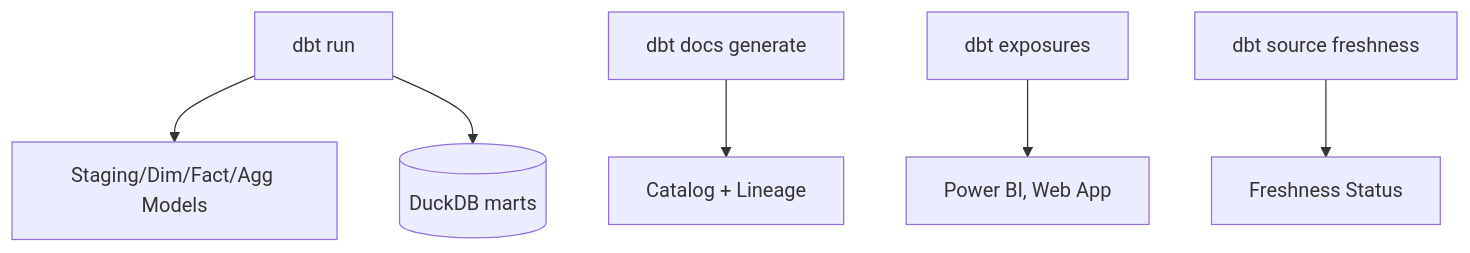
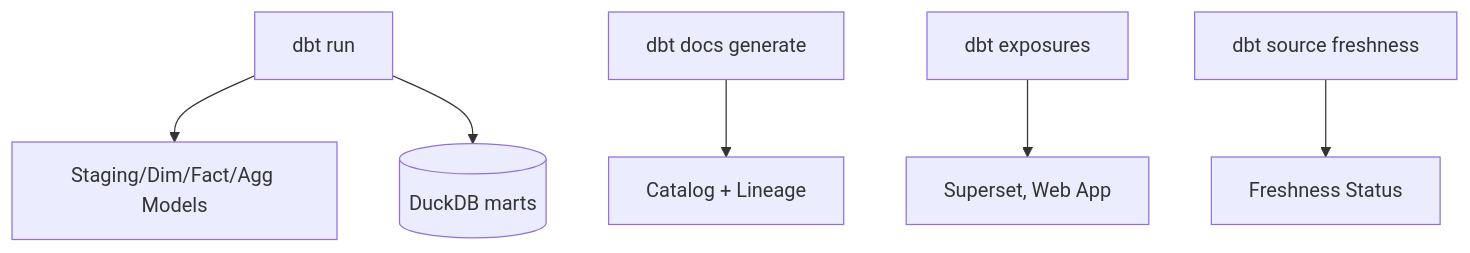
The sixth of 7 diagrams in plan/DATA_ENGINEERING_STACK_PLAN.md (thethien8a/Crawl-Jobs), drawn with Mermaid before and after one commit. The commit also changed other lines of this file, not shown here.

````diff
--- a/plan/DATA_ENGINEERING_STACK_PLAN.md
+++ b/plan/DATA_ENGINEERING_STACK_PLAN.md
@@ -269,8 +268,8 @@
 ```mermaid
 flowchart TD
     dbt_run[dbt run] --> models[Staging/Dim/Fact/Agg Models]
     dbt_run --> target_duckdb[(DuckDB marts)]
     dbt_docs[dbt docs generate] --> catalog[Catalog + Lineage]
-    exposures[dbt exposures] --> consumers[Power BI, Web App]
+    exposures[dbt exposures] --> consumers[Superset, Web App]
     freshness[dbt source freshness] --> status[Freshness Status]
 ```
````
